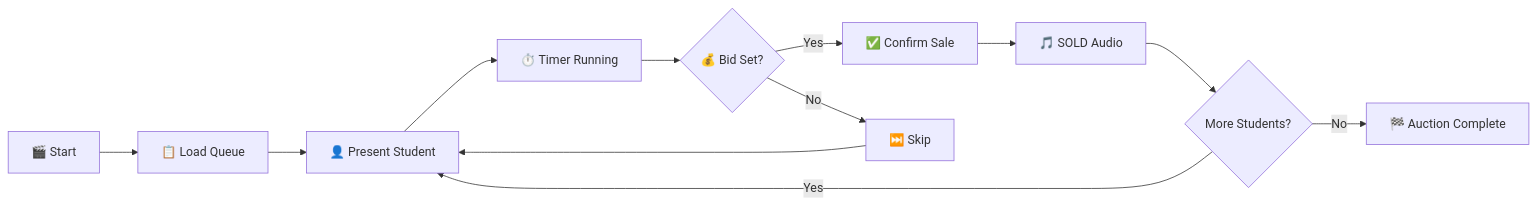
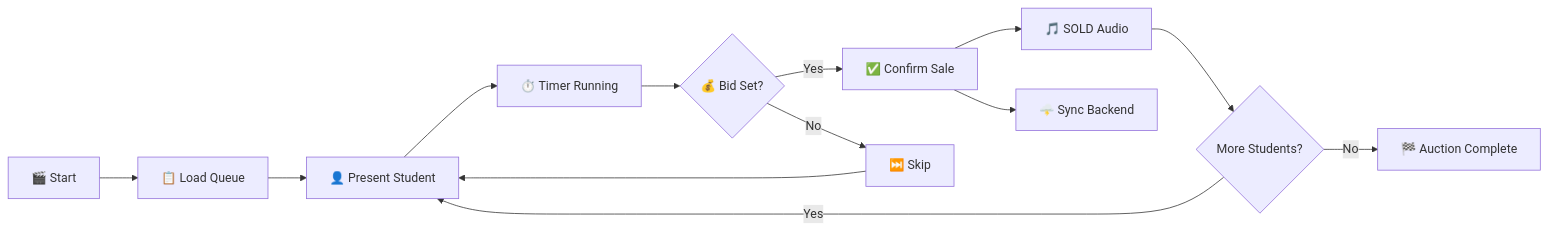
One commit to PalDPathak404/AUCTION_WEB changed the diagram in README.md. Above: the diagram before and after it, drawn with Mermaid. The commit also changed other lines of this file and 108 other files, not shown here.

````diff
--- a/README.md
+++ b/README.md
@@ -116,14 +129,15 @@
 ```mermaid
 graph LR
     A[🎬 Start] --> B[📋 Load Queue]
     B --> C[👤 Present Student]
     C --> D[⏱️ Timer Running]
     D --> E{💰 Bid Set?}
     E -->|Yes| F[✅ Confirm Sale]
     E -->|No| G[⏭️ Skip]
     F --> H[🎵 SOLD Audio]
+    F --> K[🌩️ Sync Backend]
     G --> C
     H --> I{More Students?}
     I -->|Yes| C
     I -->|No| J[🏁 Auction Complete]
 ```
````
